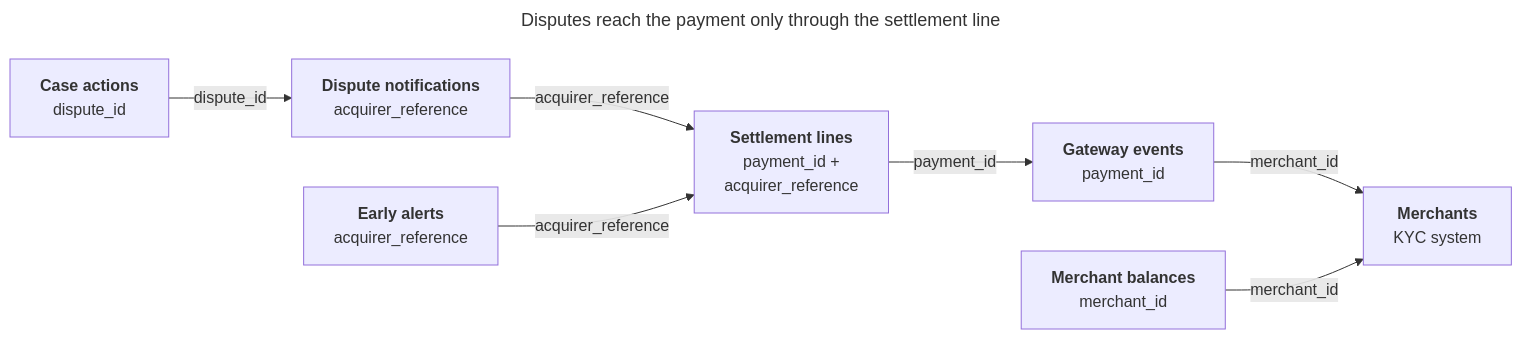
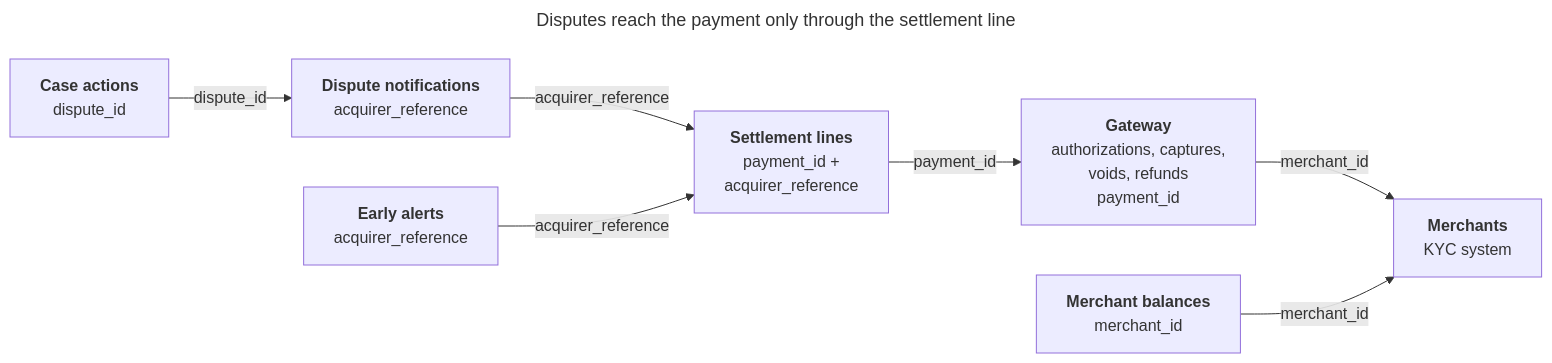
One commit to adrielidaltoe/payment-data-analytics-engineering-project changed the diagram in docs/source_data_spec.md. Above: the diagram before and after it, drawn with Mermaid. The commit also changed other lines of this file and 4 other files, not shown here.

First line of the commit message:
Make the source data spec the single reference for source schemas

````diff
--- a/docs/source_data_spec.md
+++ b/docs/source_data_spec.md
@@ -34,20 +34,20 @@
 ```mermaid
 ---
 title: Disputes reach the payment only through the settlement line
 ---
 flowchart LR
     merchants["<b>Merchants</b><br/>KYC system"]
-    gateway["<b>Gateway events</b><br/>payment_id"]
+    gateway["<b>Gateway</b><br/>authorizations, captures,<br/>voids, refunds<br/>payment_id"]
     settlement["<b>Settlement lines</b><br/>payment_id +<br/>acquirer_reference"]
     disputes["<b>Dispute notifications</b><br/>acquirer_reference"]
     alerts["<b>Early alerts</b><br/>acquirer_reference"]
     cases["<b>Case actions</b><br/>dispute_id"]
     balances["<b>Merchant balances</b><br/>merchant_id"]
 
     gateway -- merchant_id --> merchants
     settlement -- payment_id --> gateway
     disputes -- acquirer_reference --> settlement
     alerts -- acquirer_reference --> settlement
     cases -- dispute_id --> disputes
     balances -- merchant_id --> merchants
 ```
````
